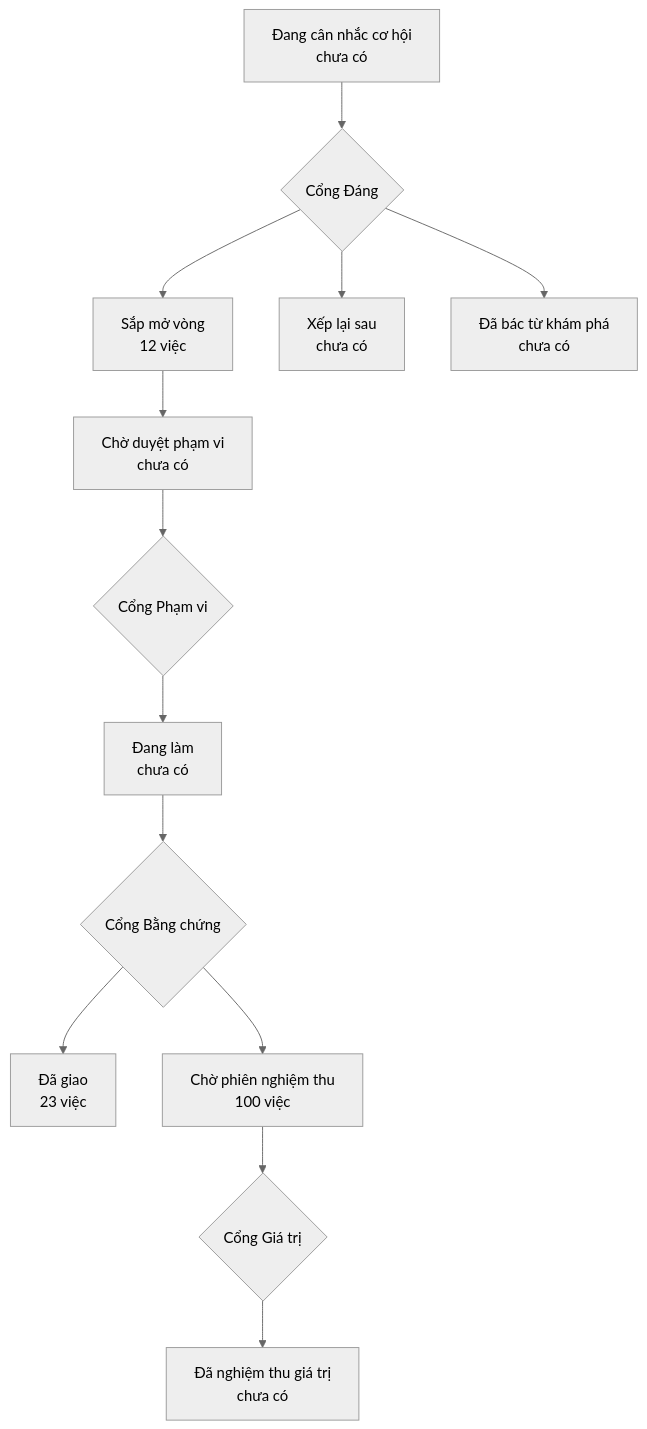
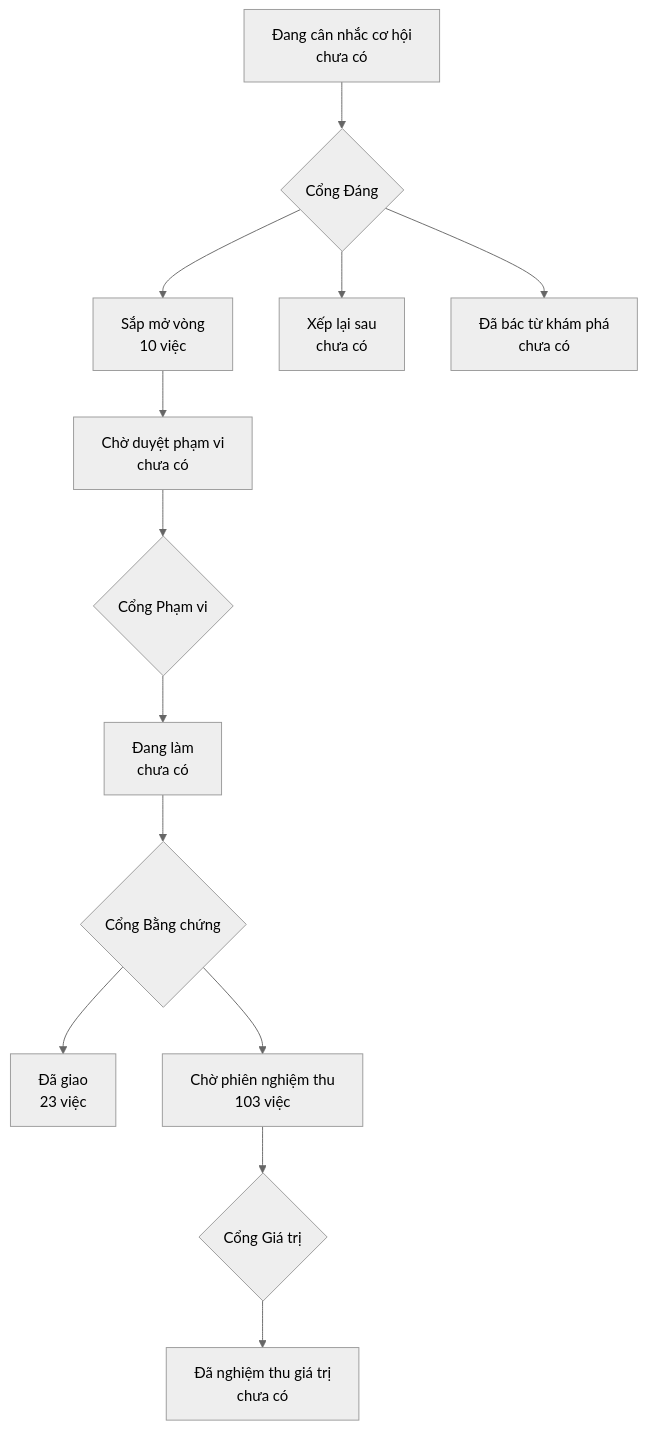
The diagram in PRODUCT-MAP.md (phanlemanh/onehub-quy-hang), drawn with Mermaid (neutral theme) before and after one commit. The commit also changed other lines of this file and 1 other file, not shown here.

````diff
--- a/PRODUCT-MAP.md
+++ b/PRODUCT-MAP.md
@@ -7,12 +7,12 @@
 ```mermaid
 flowchart TD
   A["Đang cân nhắc cơ hội<br/>chưa có"] --> GD{"Cổng Đáng"}
-  GD --> B["Sắp mở vòng<br/>12 việc"]
+  GD --> B["Sắp mở vòng<br/>10 việc"]
   GD --> XL["Xếp lại sau<br/>chưa có"]
   GD --> DB["Đã bác từ khám phá<br/>chưa có"]
   B --> CD["Chờ duyệt phạm vi<br/>chưa có"] --> GP{"Cổng Phạm vi"}
   GP --> DL["Đang làm<br/>chưa có"] --> GB{"Cổng Bằng chứng"}
   GB --> DG["Đã giao<br/>23 việc"]
-  GB --> CN["Chờ phiên nghiệm thu<br/>100 việc"] --> GG{"Cổng Giá trị"}
+  GB --> CN["Chờ phiên nghiệm thu<br/>103 việc"] --> GG{"Cổng Giá trị"}
   GG --> NT["Đã nghiệm thu giá trị<br/>chưa có"]
 ```
````
